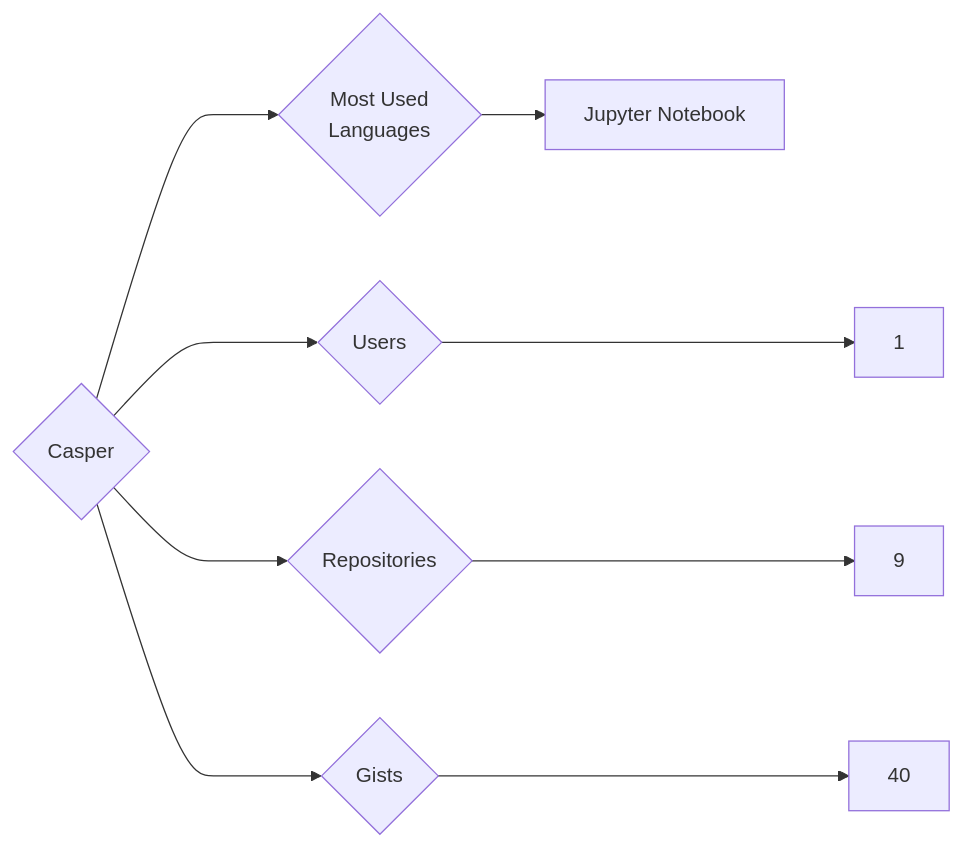
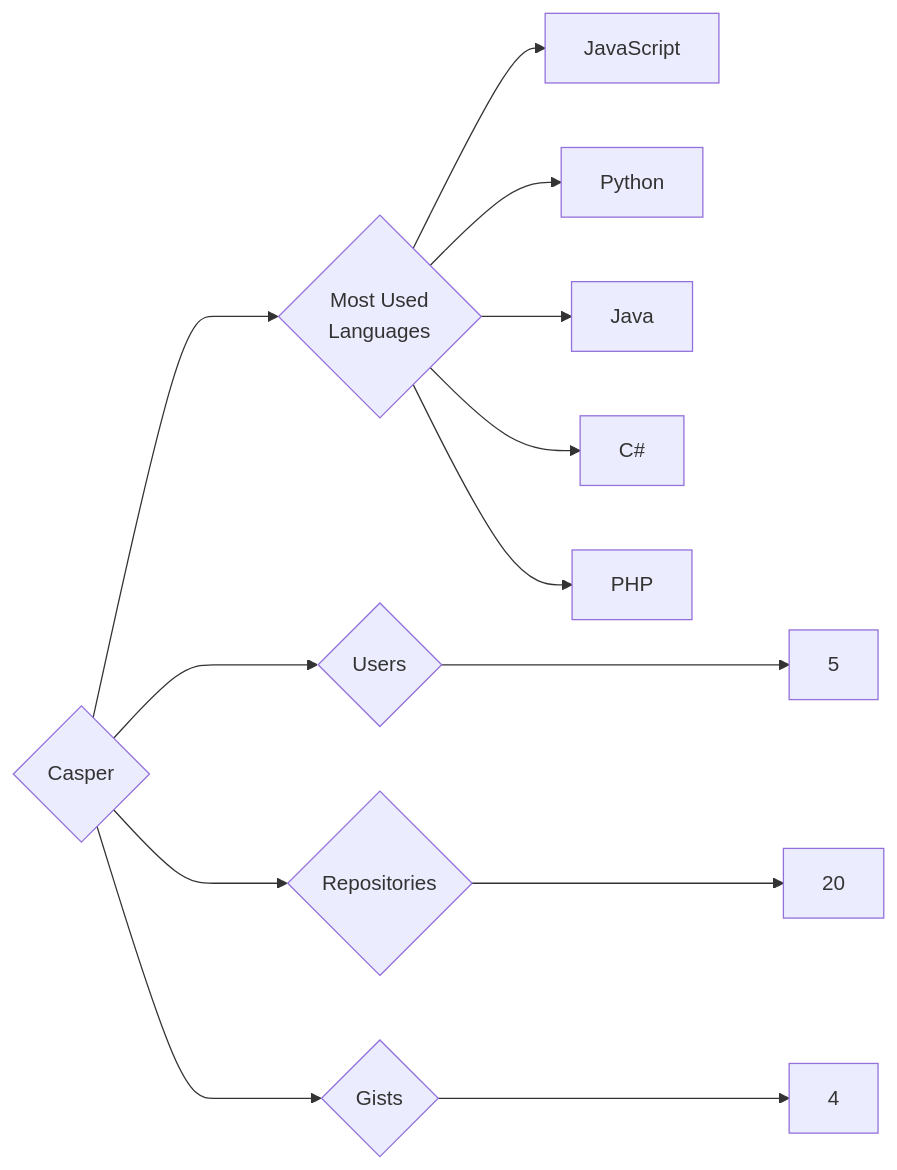
Before and after one commit to trickest/insiders: the diagram in targets/Casper/README.md, drawn with Mermaid. The commit also changed 1170 other files, not shown here.

````diff
--- a/targets/Casper/README.md
+++ b/targets/Casper/README.md
@@ -3,9 +3,13 @@
 ```mermaid
 graph LR
 COMPANY_NAME{Casper}
-COMPANY_NAME ---> U{Users} ---> UN[1]
-COMPANY_NAME ---> R{Repositories} ---> RN[9]
-COMPANY_NAME ---> G{Gists} ---> GN[40]
+COMPANY_NAME ---> U{Users} ---> UN[5]
+COMPANY_NAME ---> R{Repositories} ---> RN[20]
+COMPANY_NAME ---> G{Gists} ---> GN[4]
 COMPANY_NAME ---> ML{Most Used<br>Languages}
-ML --> Jupyter_Notebook[Jupyter Notebook]
+ML --> JavaScript[JavaScript]
+ML --> Python[Python]
+ML --> Java[Java]
+ML --> C#[C#]
+ML --> PHP[PHP]
 ```
````
